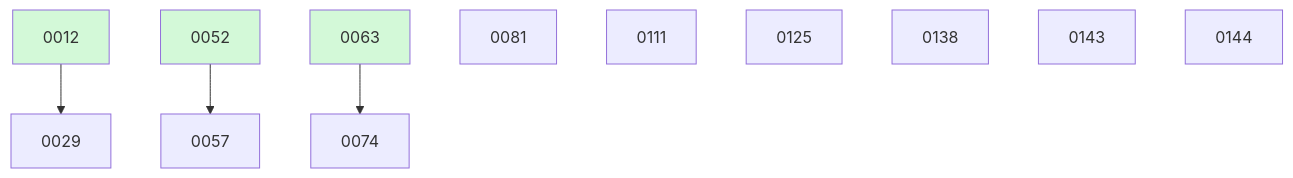
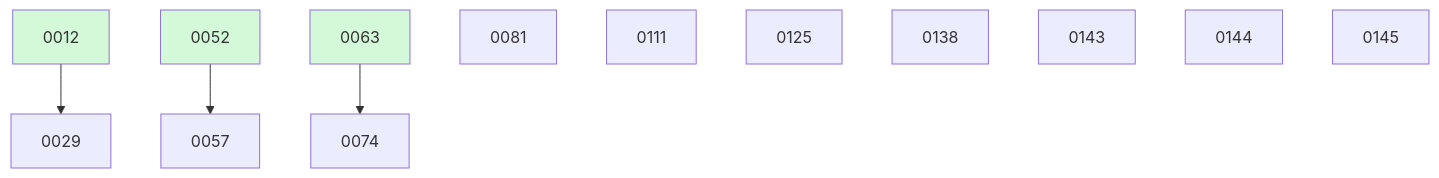
The diagram in docs/changes/BOARD.md (ethanhinson/fuse), drawn with Mermaid before and after one commit. The commit also changed other lines of this file and 1 other file, not shown here.

````diff
--- a/docs/changes/BOARD.md
+++ b/docs/changes/BOARD.md
@@ -34,16 +35,17 @@
 ```mermaid
 graph TD
   0012 --> 0029
   0052 --> 0057
   0063 --> 0074
   0081
   0111
   0125
   0138
   0143
   0144
+  0145
   0012:::done
   0052:::done
   0063:::done
   classDef done fill:#d3f9d8;
 ```
````
